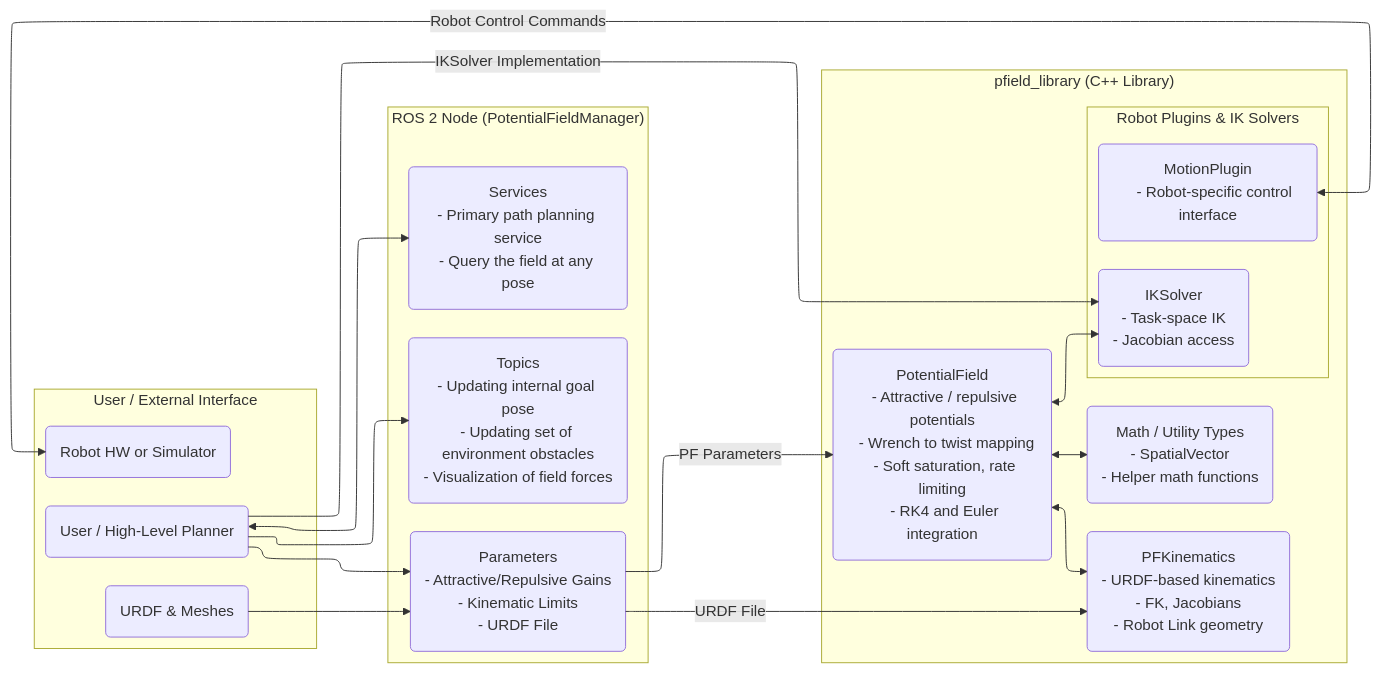
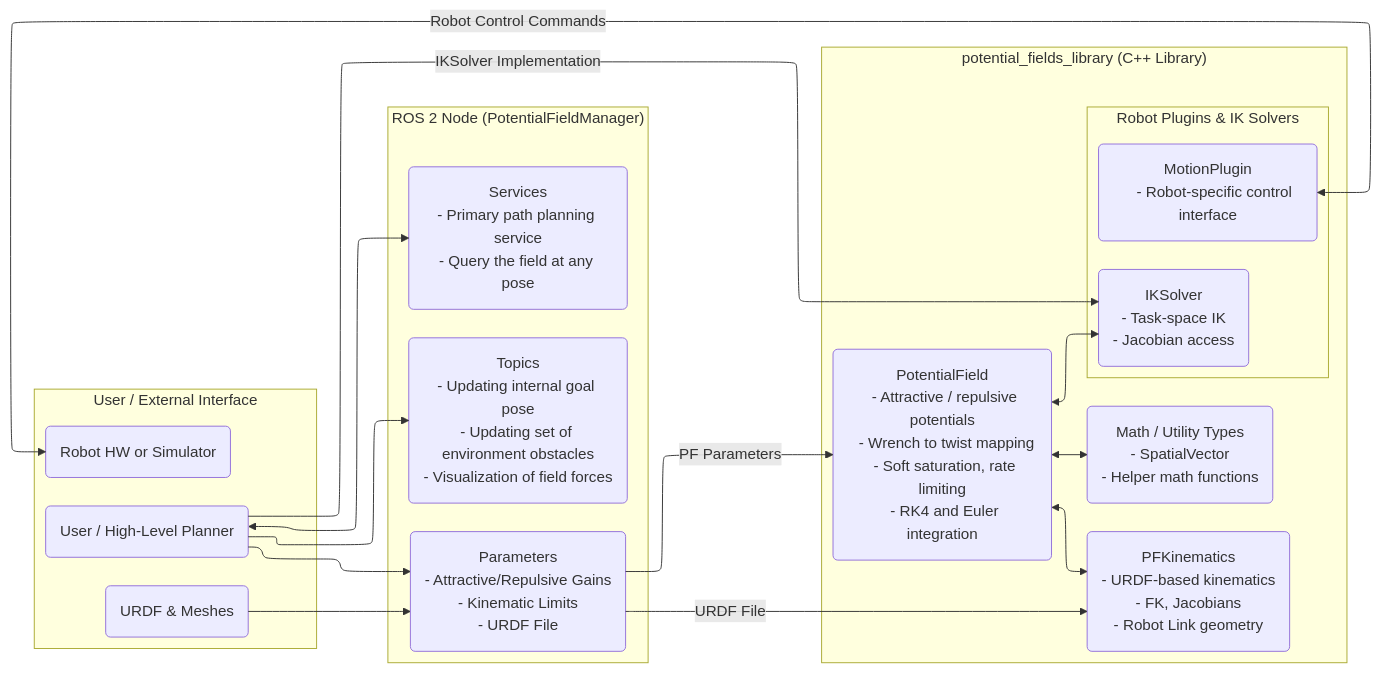
The diagram in data/mermaid_diagram.mmd (argallab/potential_fields), drawn with Mermaid before and after one commit. The commit also changed 188 other files, not shown here.

```diff
--- a/data/mermaid_diagram.mmd
+++ b/data/mermaid_diagram.mmd
@@ -1,65 +1,65 @@
 ---
 config:
   layout: elk
 ---
 flowchart LR
  subgraph Plugins["Robot Plugins & IK Solvers"]
         MP["MotionPlugin
     - Robot-specific control interface"]
         IKS["IKSolver
     - Task-space IK
     - Jacobian access"]
   end
- subgraph Core["pfield_library (C++ Library)"]
+ subgraph Core["potential_fields_library (C++ Library)"]
         PF["PotentialField
   - Attractive / repulsive potentials
   - Wrench to twist mapping
   - Soft saturation, rate limiting
   - RK4 and Euler integration"]
         PFK["PFKinematics
   - URDF-based kinematics
   - FK, Jacobians
   - Robot Link geometry"]
         SOLV["Math / Utility Types
   - SpatialVector
   - Helper math functions"]
         Plugins
   end
  subgraph ROS["ROS 2 Node (PotentialFieldManager)"]
         Topics["Topics
 - Updating internal goal pose
 - Updating set of environment obstacles
 - Visualization of field forces"]
         Services["Services
 - Primary path planning service
 - Query the field at any pose"]
         Parameters["Parameters
 - Attractive/Repulsive Gains
 - Kinematic Limits
 - URDF File"]
   end
  subgraph User["User / External Interface"]
         UserApp["User / High-Level Planner"]
         URDF["URDF &amp; Meshes"]
         Robot["Robot HW or Simulator"]
   end
     UserApp -- IKSolver Implementation <br> --> IKS
     URDF --> Parameters
     MP <-- Robot Control Commands <br> --> Robot
     PF <--> SOLV & PFK & IKS
     Parameters -- PF Parameters <br> --> PF
     UserApp <--> Services
     UserApp --> Topics & Parameters
     Parameters -- URDF File --> PFK
 
     MP@{ shape: rounded}
     IKS@{ shape: rounded}
     PF@{ shape: rounded}
     PFK@{ shape: rounded}
     SOLV@{ shape: rounded}
     Topics@{ shape: rounded}
     Services@{ shape: rounded}
     Parameters@{ shape: rounded}
     UserApp@{ shape: rounded}
     URDF@{ shape: rounded}
     Robot@{ shape: rounded}
```
